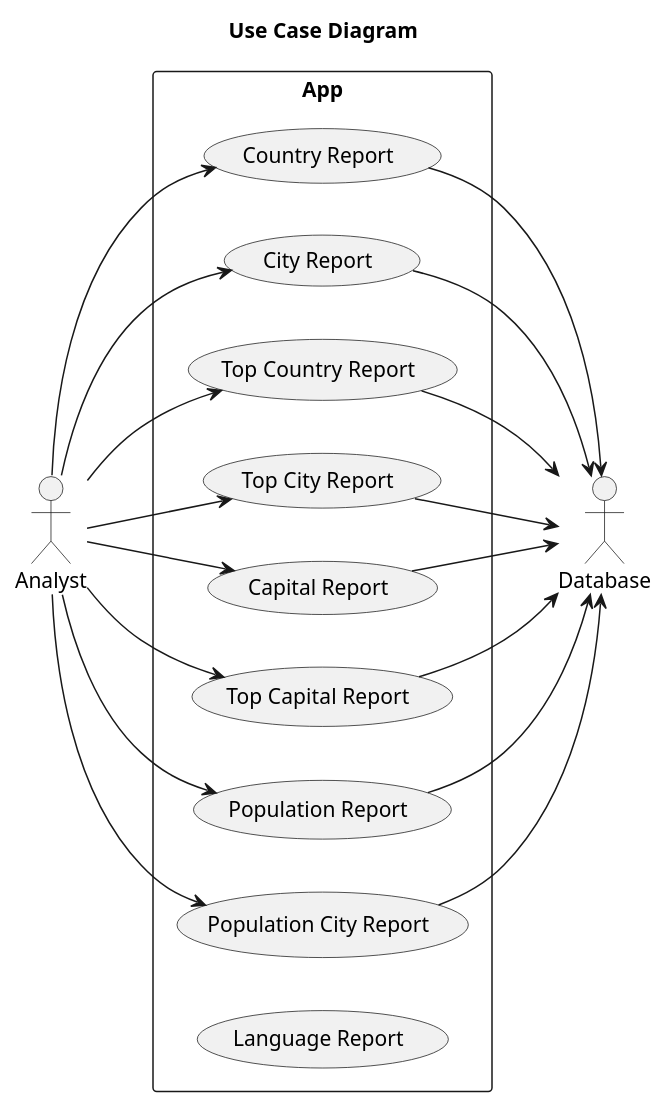
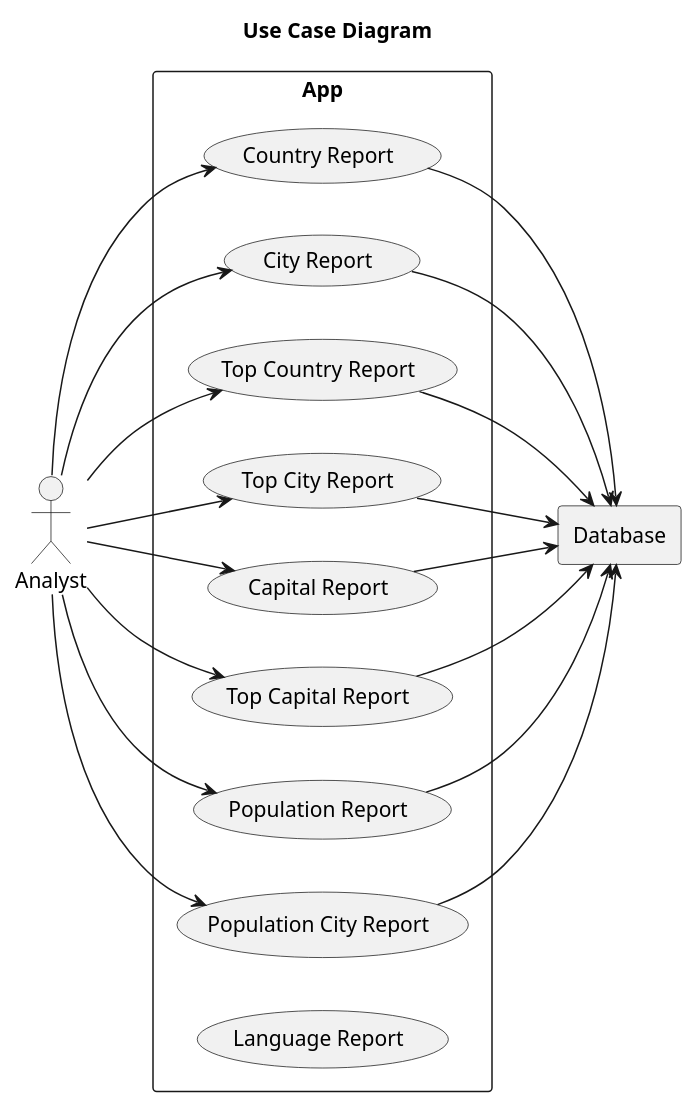
The diagram in Diagram.puml (EshalImran27/SeMethods2), drawn with PlantUML before and after one commit.

Commit message:
added database to the diagram

```diff
--- a/Diagram.puml
+++ b/Diagram.puml
@@ -1,46 +1,47 @@
 @startuml
 ' Keep default left-to-right direction so Database is on the side
 left to right direction
 title Use Case Diagram
 
 ' --- Actors ---
 actor "Analyst" as Analyst
+rectangle Database
 
 ' --- Systems ---
 
 rectangle "App" {
     usecase UC1 as "Country Report"
     usecase UC2 as "City Report"
     usecase UC3 as "Top Country Report"
     usecase UC4 as "Top City Report"
     usecase UC5 as "Capital Report"
     usecase UC6 as "Top Capital Report"
     usecase UC7 as "Population Report"
     usecase UC8 as "Population City Report"
     usecase UC9 as "Language Report"
 }
 Analyst --> UC1
 Analyst --> UC2
 Analyst --> UC3
 Analyst --> UC4
 Analyst --> UC5
 Analyst --> UC6
 Analyst --> UC7
 Analyst --> UC8
 
 
 ' --- Relationships ---
 ' --- Actor Relationships ---
 
 
 ' --- Second System Relationships ---
 UC1 --> Database
 UC2 --> Database
 UC3 --> Database
 UC4 --> Database
 UC5 --> Database
 UC6 --> Database
 UC7 --> Database
 UC8 --> Database
 
 @enduml
```
